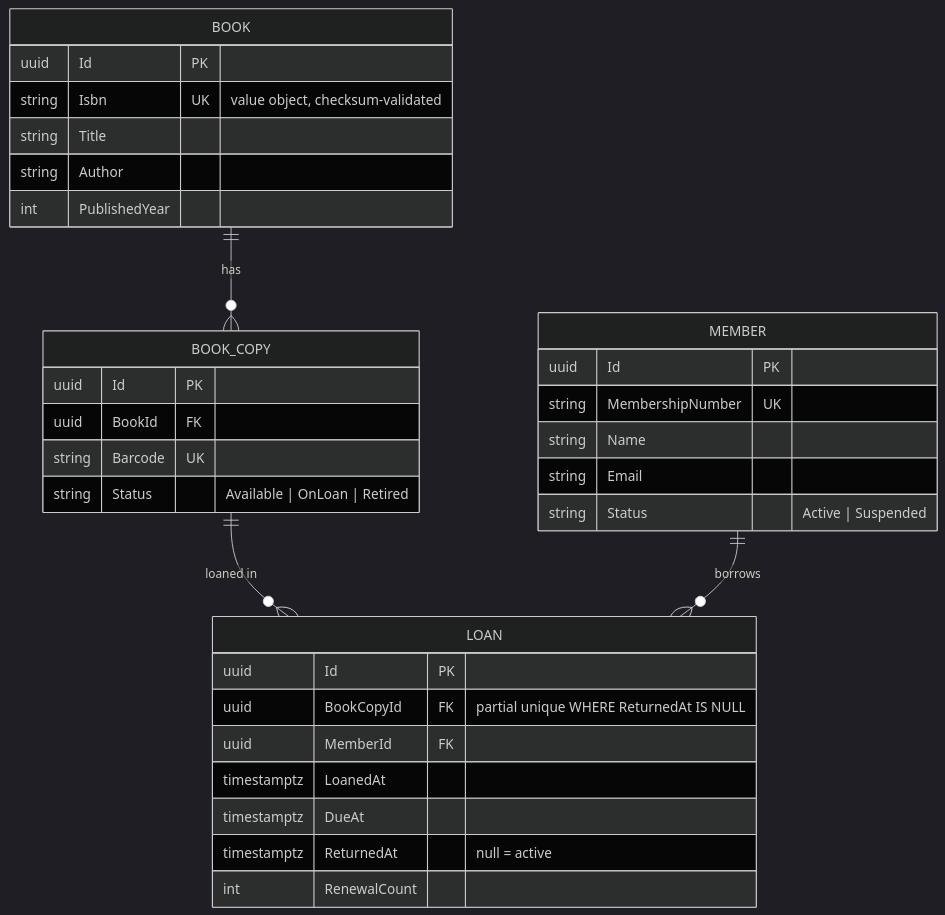
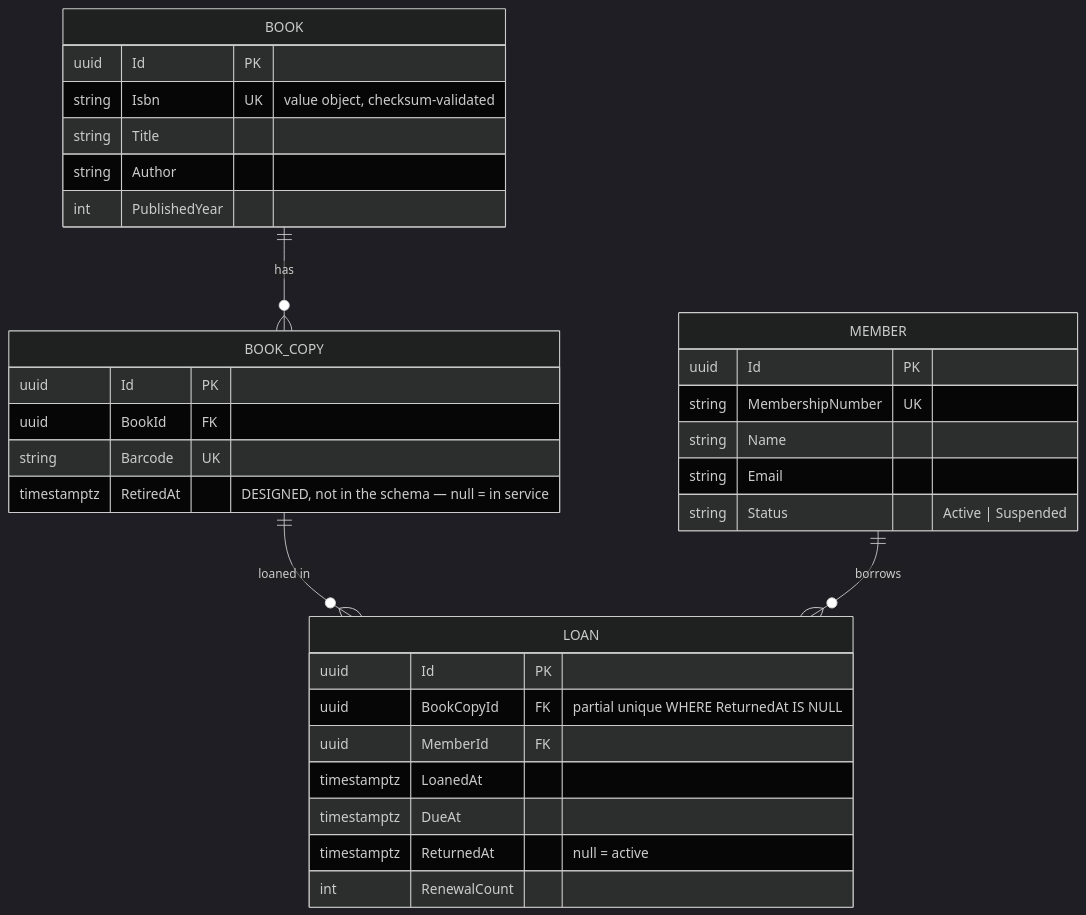
One commit to Nooziergg/library-loans-api changed the third of 7 diagrams in docs/ARCHITECTURE.md. Above: the diagram before and after it, drawn with Mermaid (dark theme). The commit also changed other lines of this file and 1 other file, not shown here.

First line of the commit message:
docs: mark the loan rules as built, and record why the index is partial

````diff
--- a/docs/ARCHITECTURE.md
+++ b/docs/ARCHITECTURE.md
@@ -105,36 +119,36 @@
 ```mermaid
 erDiagram
     BOOK ||--o{ BOOK_COPY : "has"
     BOOK_COPY ||--o{ LOAN : "loaned in"
     MEMBER ||--o{ LOAN : "borrows"
 
     BOOK {
         uuid Id PK
         string Isbn UK "value object, checksum-validated"
         string Title
         string Author
         int PublishedYear
     }
     BOOK_COPY {
         uuid Id PK
         uuid BookId FK
         string Barcode UK
-        string Status "Available | OnLoan | Retired"
+        timestamptz RetiredAt "DESIGNED, not in the schema — null = in service"
     }
     MEMBER {
         uuid Id PK
         string MembershipNumber UK
         string Name
         string Email
         string Status "Active | Suspended"
     }
     LOAN {
         uuid Id PK
         uuid BookCopyId FK "partial unique WHERE ReturnedAt IS NULL"
         uuid MemberId FK
         timestamptz LoanedAt
         timestamptz DueAt
         timestamptz ReturnedAt "null = active"
         int RenewalCount
     }
 ```
````
